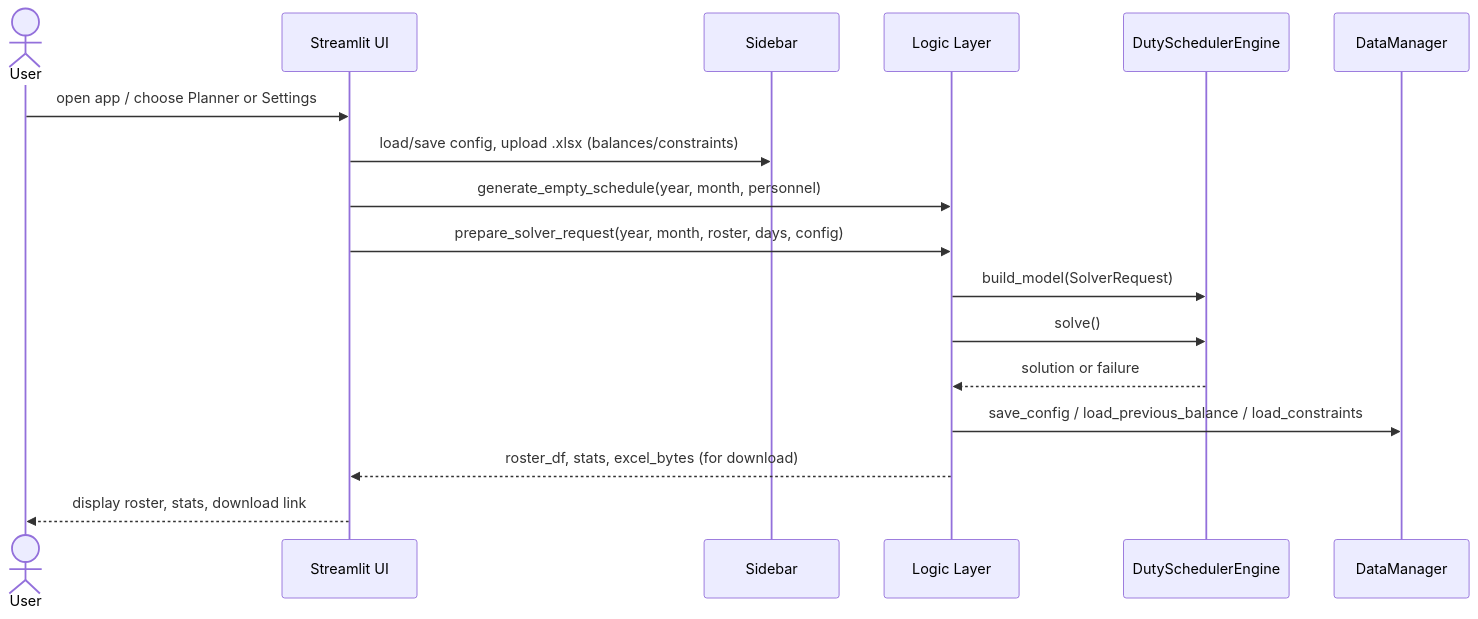
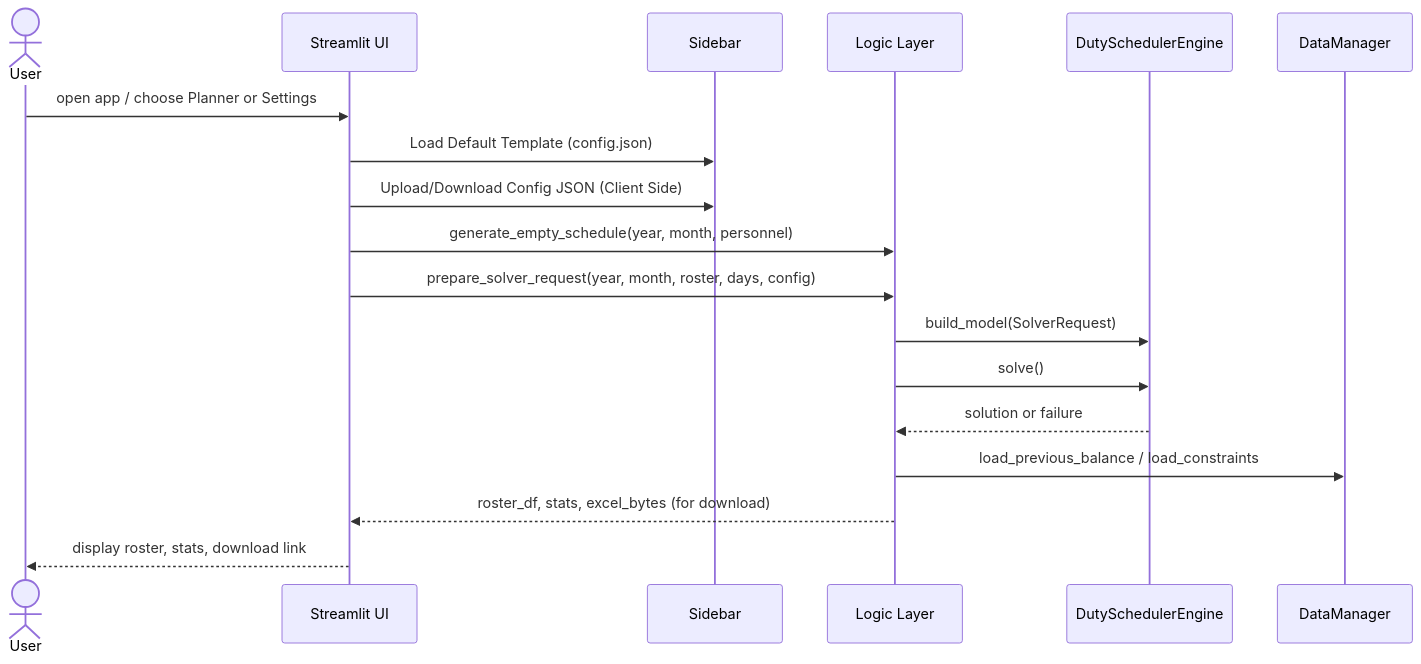
The diagram in README.md (genes3e7/Duty-Planner), drawn with Mermaid before and after one commit. The commit also changed other lines of this file and 7 other files, not shown here.

````diff
--- a/README.md
+++ b/README.md
@@ -24,20 +25,21 @@
 ```mermaid
 sequenceDiagram
     actor User
     participant Browser as Streamlit UI
     participant Sidebar as Sidebar
     participant Logic as Logic Layer
     participant Solver as DutySchedulerEngine
     participant DataMgr as DataManager
 
     User->>Browser: open app / choose Planner or Settings
-    Browser->>Sidebar: load/save config, upload .xlsx (balances/constraints)
+    Browser->>Sidebar: Load Default Template (config.json)
+    Browser->>Sidebar: Upload/Download Config JSON (Client Side)
     Browser->>Logic: generate_empty_schedule(year, month, personnel)
     Browser->>Logic: prepare_solver_request(year, month, roster, days, config)
     Logic->>Solver: build_model(SolverRequest)
     Logic->>Solver: solve()
     Solver-->>Logic: solution or failure
-    Logic->>DataMgr: save_config / load_previous_balance / load_constraints
+    Logic->>DataMgr: load_previous_balance / load_constraints
     Logic-->>Browser: roster_df, stats, excel_bytes (for download)
     Browser-->>User: display roster, stats, download link
 ```
````
